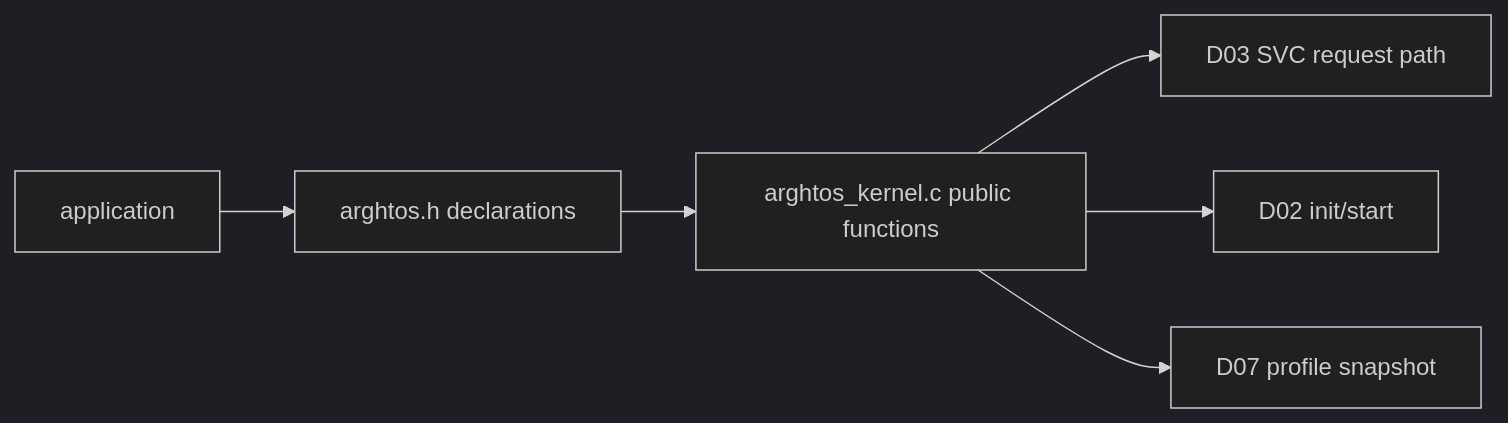
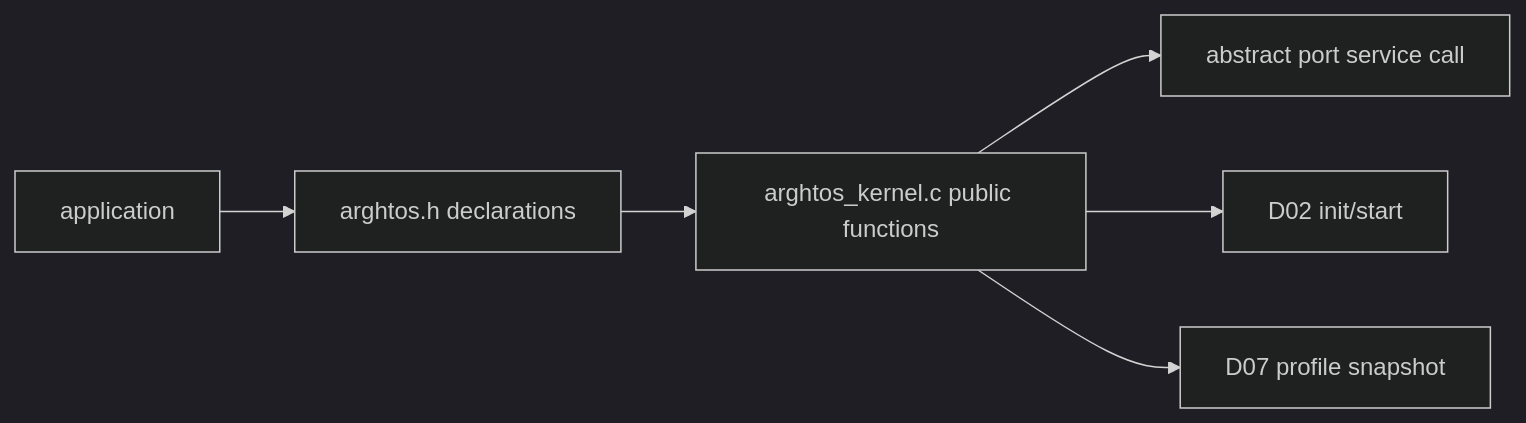
The diagram in design-elements/D01-public-api.md (tumblewhead/arghtos), drawn with Mermaid (dark theme) before and after one commit. The commit also changed other lines of this file, not shown here.

Commit message:
Route portable public task APIs through abstract port service call

````diff
--- a/design-elements/D01-public-api.md
+++ b/design-elements/D01-public-api.md
@@ -91,8 +91,8 @@
 ```mermaid
 flowchart LR
   APP["application"] --> H["arghtos.h declarations"]
   H --> K["arghtos_kernel.c public functions"]
-  K --> SVC["D03 SVC request path"]
+  K --> CALL["abstract port service call"]
   K --> INIT["D02 init/start"]
   K --> PROF["D07 profile snapshot"]
 ```
````
